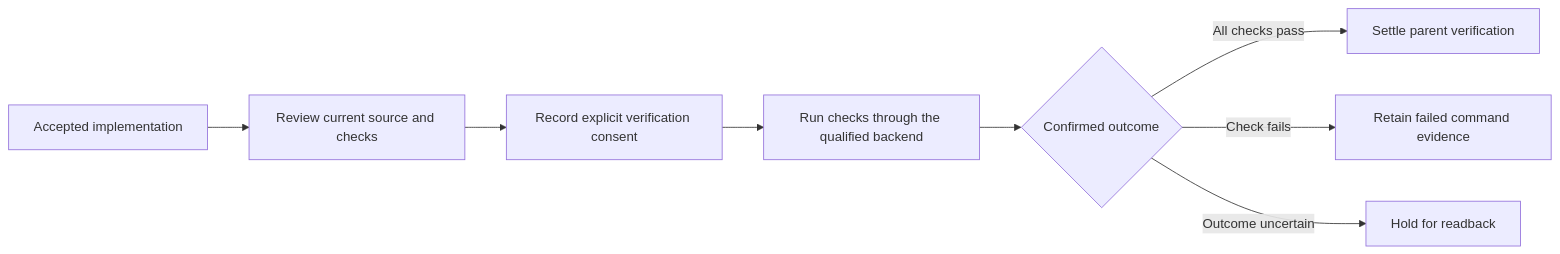
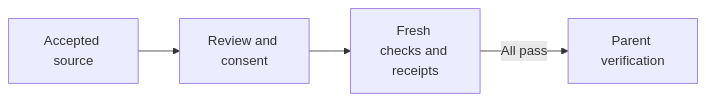
Before and after one commit to fireflyframework/firefly-forge: the seventh of 17 diagrams in docs/architecture.md, drawn with Mermaid. The commit also changed other lines of this file, not shown here.

Commit message:
Keep the recovery diagram readable within the shared flow frame

````diff
--- a/docs/architecture.md
+++ b/docs/architecture.md
@@ -624,10 +626,11 @@
 ```mermaid
+---
+config:
+  flowchart:
+    wrappingWidth: 96
+---
 flowchart LR
-    A[Accepted implementation] --> B[Review current source and checks]
-    B --> C[Record explicit verification consent]
-    C --> D[Run checks through the qualified backend]
-    D --> E{Confirmed outcome}
-    E -->|All checks pass| F[Settle parent verification]
-    E -->|Check fails| G[Retain failed command evidence]
-    E -->|Outcome uncertain| H[Hold for readback]
+    A[Accepted source] --> B[Review and consent]
+    B --> C[Fresh checks and receipts]
+    C -->|All pass| D[Parent verification]
 ```
````
